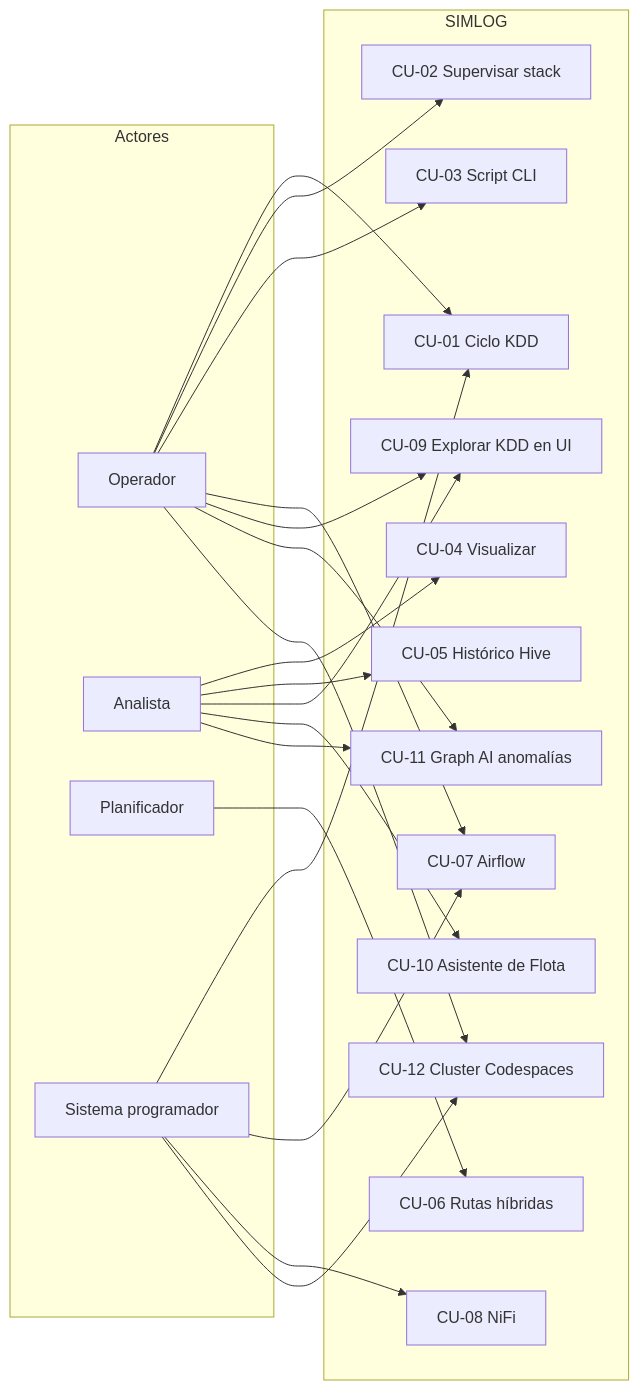
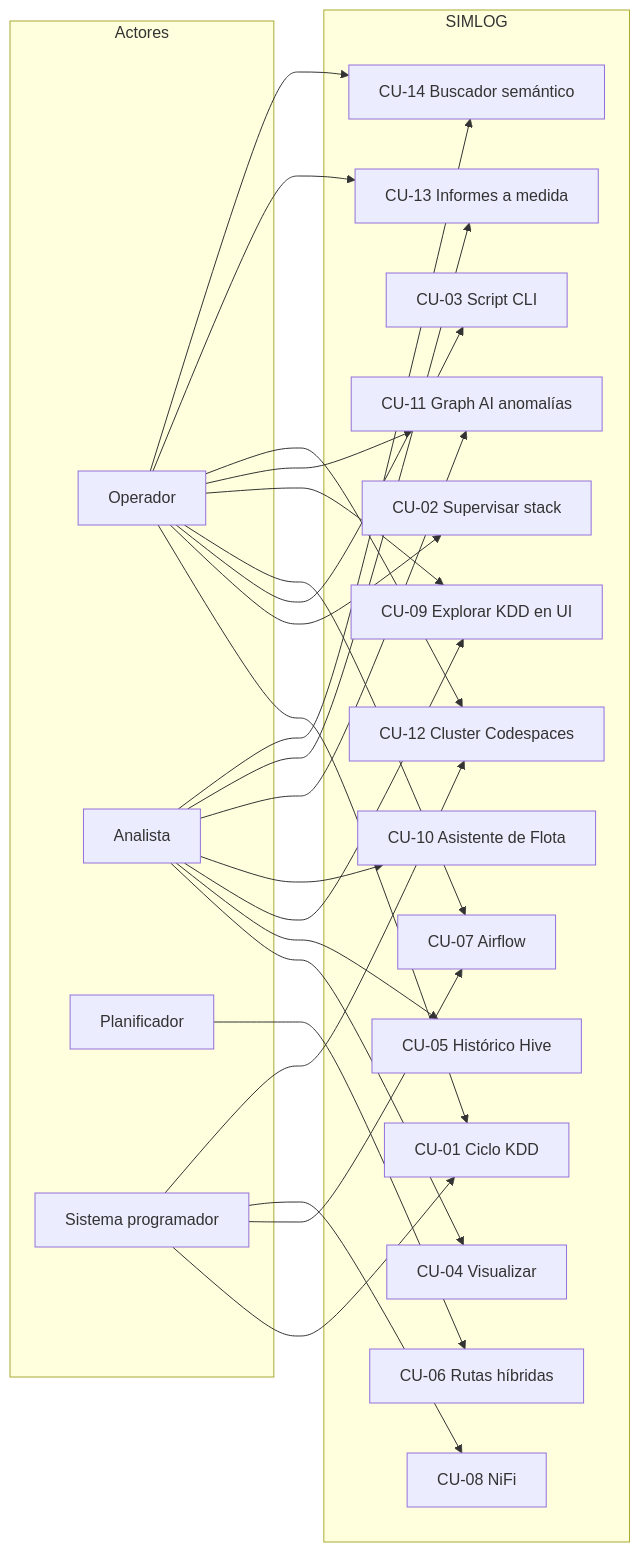
Before and after one commit to gracobjo/proyecto_transporte_global_standalone: the diagram in docs/CASOS_DE_USO.md, drawn with Mermaid. The commit also changed other lines of this file and 17 other files, not shown here.

````diff
--- a/docs/CASOS_DE_USO.md
+++ b/docs/CASOS_DE_USO.md
@@ -105,40 +119,46 @@
 ```mermaid
 flowchart LR
   subgraph Actores
     OP[Operador]
     AN[Analista]
     PL[Planificador]
     PR[Sistema programador]
   end
   subgraph SIMLOG
     CU1[CU-01 Ciclo KDD]
     CU2[CU-02 Supervisar stack]
     CU3[CU-03 Script CLI]
     CU4[CU-04 Visualizar]
     CU5[CU-05 Histórico Hive]
     CU6[CU-06 Rutas híbridas]
     CU7[CU-07 Airflow]
     CU8[CU-08 NiFi]
     CU9[CU-09 Explorar KDD en UI]
     CU10[CU-10 Asistente de Flota]
     CU11[CU-11 Graph AI anomalías]
     CU12[CU-12 Cluster Codespaces]
+    CU13[CU-13 Informes a medida]
+    CU14[CU-14 Buscador semántico]
   end
   OP --> CU1
   OP --> CU2
   OP --> CU3
   OP --> CU7
   OP --> CU9
   AN --> CU4
   AN --> CU5
   AN --> CU9
   AN --> CU10
   PL --> CU6
   PR --> CU1
   PR --> CU7
   PR --> CU8
   OP --> CU11
   AN --> CU11
   OP --> CU12
   PR --> CU12
+  OP --> CU13
+  AN --> CU13
+  OP --> CU14
+  AN --> CU14
 ```
````
